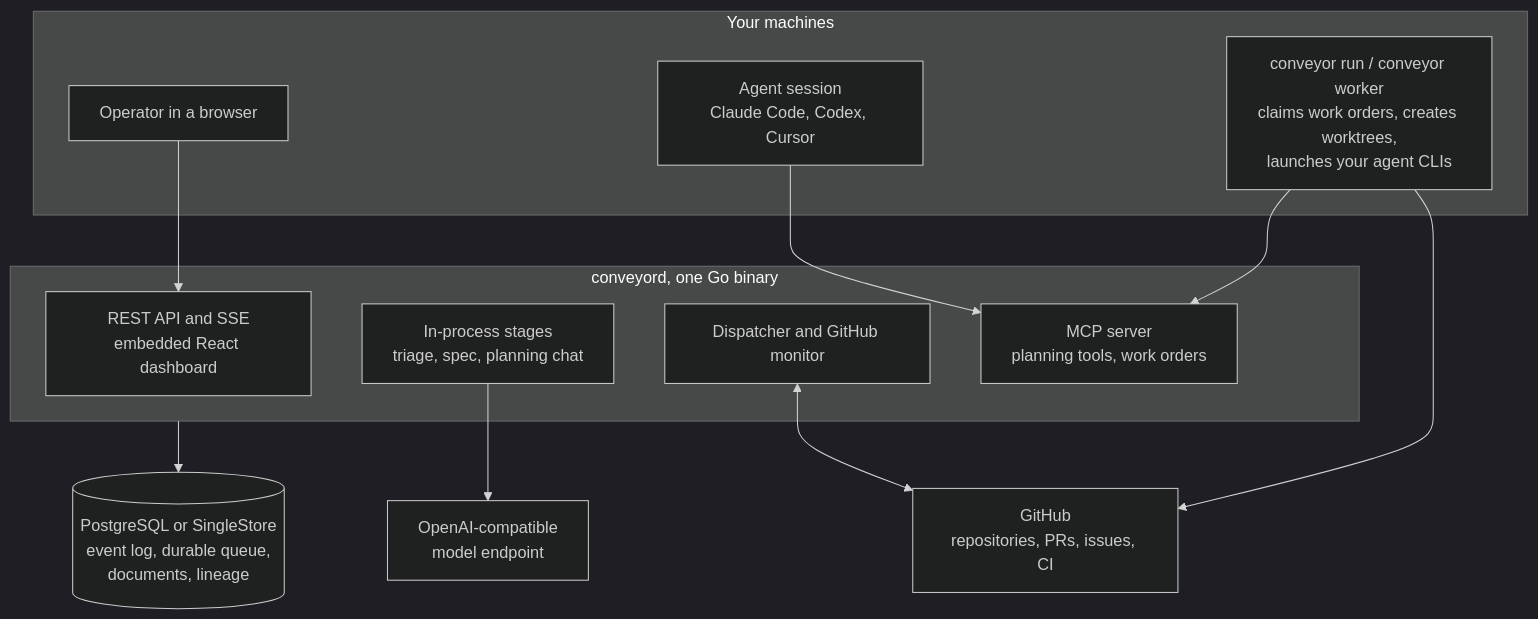
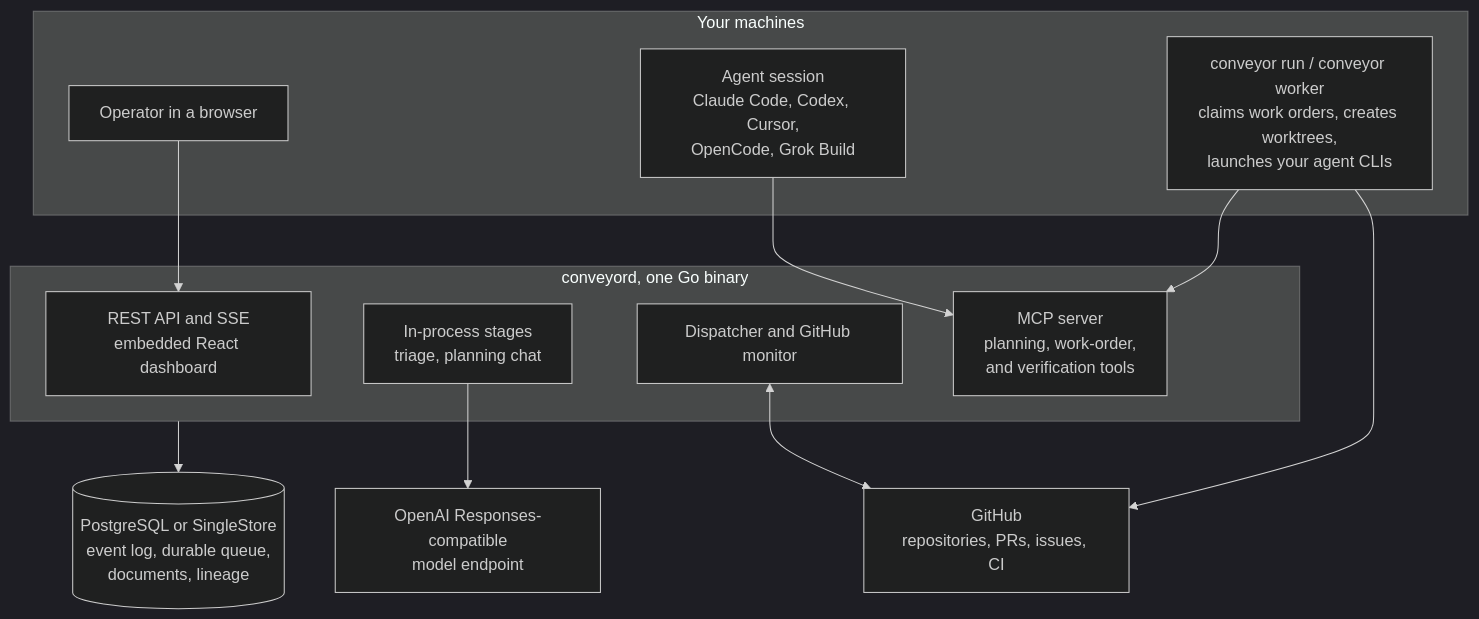
One commit to kidus-tiliksew/conveyor changed the third of 3 diagrams in README.md. Above: the diagram before and after it, drawn with Mermaid (dark theme). The commit also changed other lines of this file and 5 other files, not shown here.

````diff
--- a/README.md
+++ b/README.md
@@ -89,27 +126,27 @@
 ```mermaid
 flowchart TB
     subgraph yours["Your machines"]
         operator["Operator in a browser"]
-        session["Agent session<br/>Claude Code, Codex, Cursor"]
+        session["Agent session<br/>Claude Code, Codex, Cursor,<br/>OpenCode, Grok Build"]
         runner["conveyor run / conveyor worker<br/>claims work orders, creates worktrees,<br/>launches your agent CLIs"]
     end
 
     subgraph daemon["conveyord, one Go binary"]
         api["REST API and SSE<br/>embedded React dashboard"]
-        stages["In-process stages<br/>triage, spec, planning chat"]
+        stages["In-process stages<br/>triage, planning chat"]
         dispatch["Dispatcher and GitHub monitor"]
-        mcp["MCP server<br/>planning tools, work orders"]
+        mcp["MCP server<br/>planning, work-order,<br/>and verification tools"]
     end
 
     db[("PostgreSQL or SingleStore<br/>event log, durable queue,<br/>documents, lineage")]
-    llm["OpenAI-compatible<br/>model endpoint"]
+    llm["OpenAI Responses-compatible<br/>model endpoint"]
     github["GitHub<br/>repositories, PRs, issues, CI"]
 
     operator --> api
     session --> mcp
     runner --> mcp
     daemon --> db
     stages --> llm
     dispatch <--> github
     runner --> github
 ```
````
